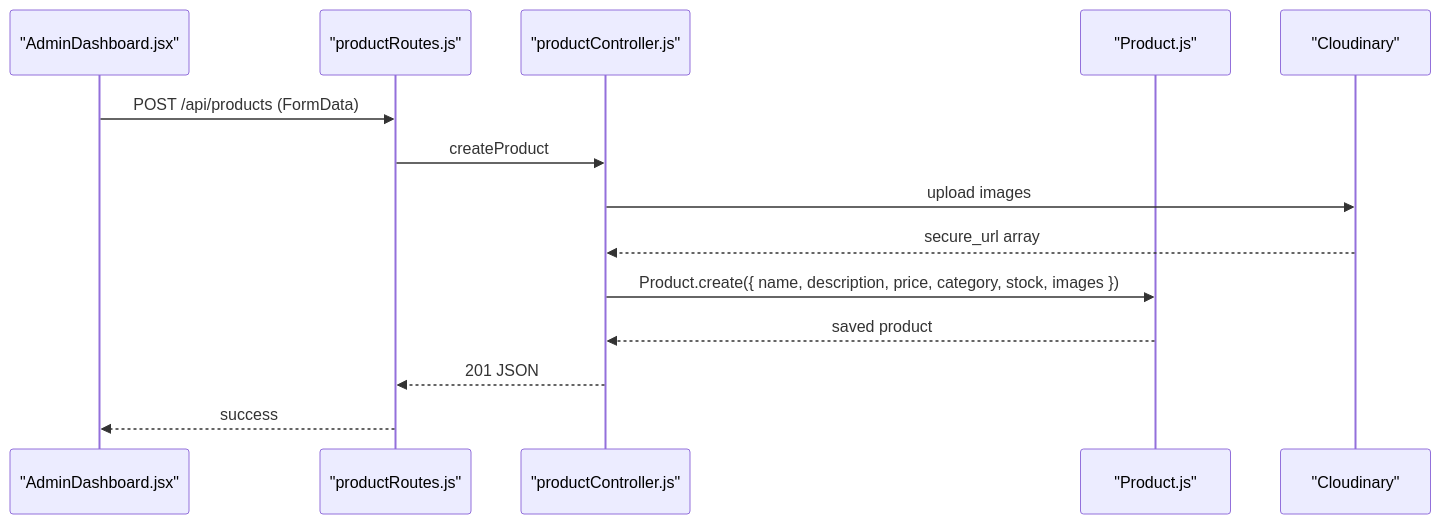
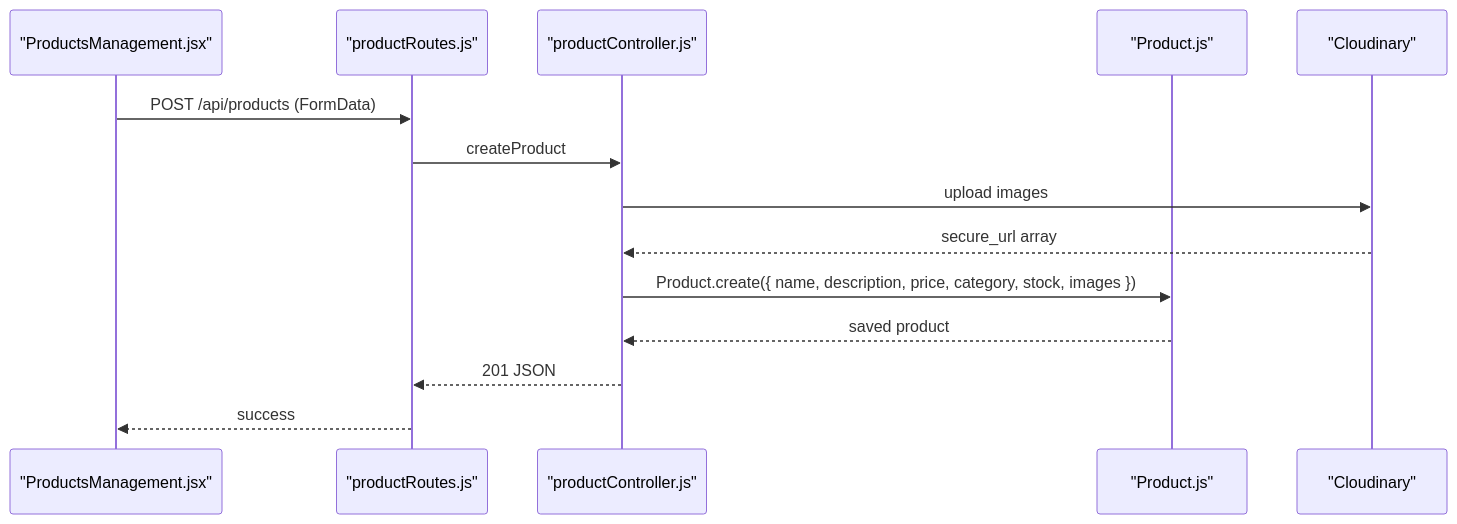
One commit to Pavan-PSPK9032/TrendsandToss changed the eighth of 15 diagrams in .qoder/repowiki/en/content/Admin Dashboard/Product Administration/Product Administration.md. Above: the diagram before and after it, drawn with Mermaid. The commit also changed other lines of this file and 24 other files, not shown here.

````diff
--- a/.qoder/repowiki/en/content/Admin Dashboard/Product Administration/Product Administration.md
+++ b/.qoder/repowiki/en/content/Admin Dashboard/Product Administration/Product Administration.md
@@ -315,16 +363,16 @@
 ```mermaid
 sequenceDiagram
-participant Client as "AdminDashboard.jsx"
+participant Client as "ProductsManagement.jsx"
 participant Route as "productRoutes.js"
 participant Ctrl as "productController.js"
 participant Model as "Product.js"
 participant Cloud as "Cloudinary"
 Client->>Route : POST /api/products (FormData)
 Route->>Ctrl : createProduct
 Ctrl->>Cloud : upload images
 Cloud-->>Ctrl : secure_url array
 Ctrl->>Model : Product.create({ name, description, price, category, stock, images })
 Model-->>Ctrl : saved product
 Ctrl-->>Route : 201 JSON
 Route-->>Client : success
 ```
````
